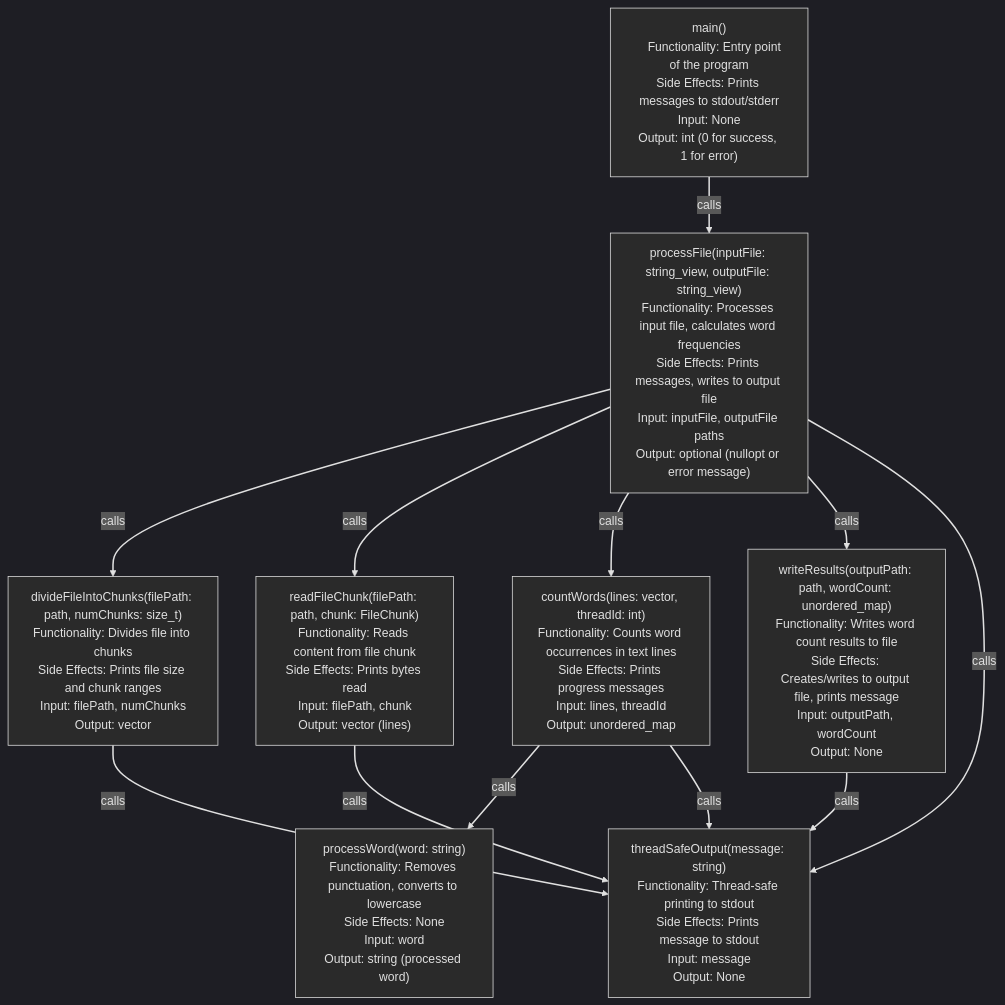
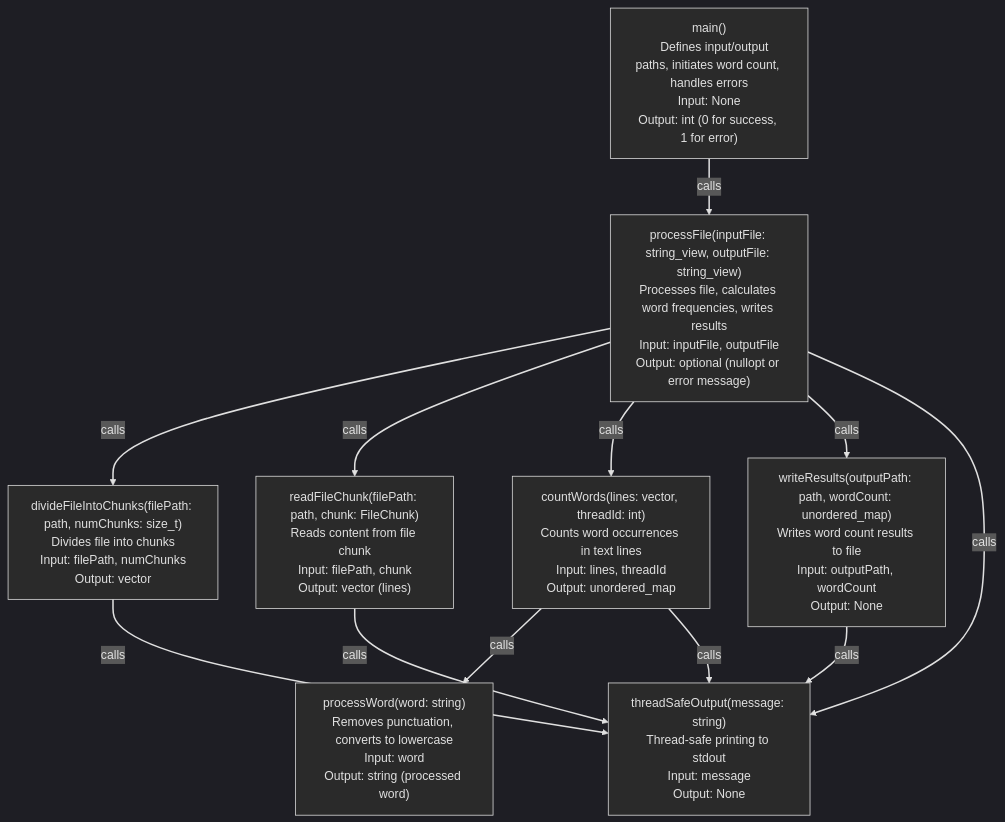
One commit to wubin28/wuzhenbens_playground changed the second of 2 diagrams in word_count_cpp/README.md. Above: the diagram before and after it, drawn with Mermaid.

Commit message:
docs:word_count_cpp: update function call diagram

````diff
--- a/word_count_cpp/README.md
+++ b/word_count_cpp/README.md
@@ -40,67 +40,59 @@
 ```mermaid
 %%{init: {'theme': 'dark', 'themeVariables': { 'primaryColor': '#e0e0e0', 'textColor': '#e0e0e0', 'lineColor': '#e0e0e0'}}}%%
 flowchart TD
     classDef default fill:#2a2a2a,stroke:#e0e0e0,color:#e0e0e0;
 
     main["main()
-    Functionality: Entry point of the program
-Side Effects: Prints messages to stdout/stderr
+    Defines input/output paths, initiates word count, handles errors
 Input: None
 Output: int (0 for success, 1 for error)"]
 
 processFile["processFile(inputFile: string_view, outputFile: string_view)
-Functionality: Processes input file, calculates word frequencies
-Side Effects: Prints messages, writes to output file
-Input: inputFile, outputFile paths
+Processes file, calculates word frequencies, writes results
+Input: inputFile, outputFile
 Output: optional<string> (nullopt or error message)"]
 
 divideFileIntoChunks["divideFileIntoChunks(filePath: path, numChunks: size_t)
-Functionality: Divides file into chunks
-Side Effects: Prints file size and chunk ranges
+Divides file into chunks
 Input: filePath, numChunks
 Output: vector<FileChunk>"]
 
 readFileChunk["readFileChunk(filePath: path, chunk: FileChunk)
-Functionality: Reads content from file chunk
-Side Effects: Prints bytes read
+Reads content from file chunk
 Input: filePath, chunk
 Output: vector<string> (lines)"]
 
 countWords["countWords(lines: vector<string>, threadId: int)
-Functionality: Counts word occurrences in text lines
-Side Effects: Prints progress messages
+Counts word occurrences in text lines
 Input: lines, threadId
 Output: unordered_map<string, size_t>"]
 
 processWord["processWord(word: string)
-Functionality: Removes punctuation, converts to lowercase
-Side Effects: None
+Removes punctuation, converts to lowercase
 Input: word
 Output: string (processed word)"]
 
 writeResults["writeResults(outputPath: path, wordCount: unordered_map<string, size_t>)
-Functionality: Writes word count results to file
-Side Effects: Creates/writes to output file, prints message
+Writes word count results to file
 Input: outputPath, wordCount
 Output: None"]
 
 threadSafeOutput["threadSafeOutput(message: string)
-Functionality: Thread-safe printing to stdout
-Side Effects: Prints message to stdout
+Thread-safe printing to stdout
 Input: message
 Output: None"]
 
 main -->|calls| processFile
 processFile -->|calls| divideFileIntoChunks
 processFile -->|calls| readFileChunk
 processFile -->|calls| countWords
 processFile -->|calls| writeResults
 processFile -->|calls| threadSafeOutput
 countWords -->|calls| processWord
 countWords -->|calls| threadSafeOutput
 divideFileIntoChunks -->|calls| threadSafeOutput
 readFileChunk -->|calls| threadSafeOutput
 writeResults -->|calls| threadSafeOutput
 
 linkStyle default stroke:#e0e0e0,stroke-width:2px
 ```
````
